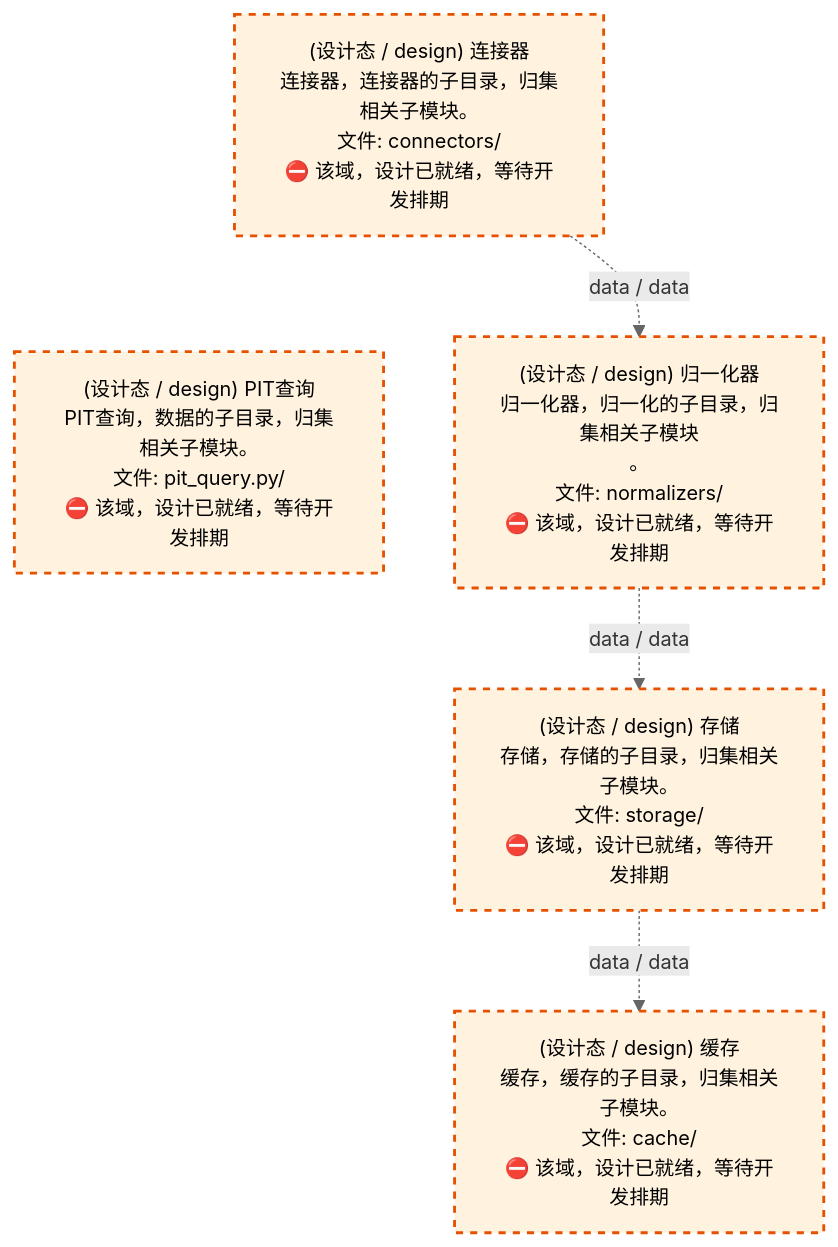
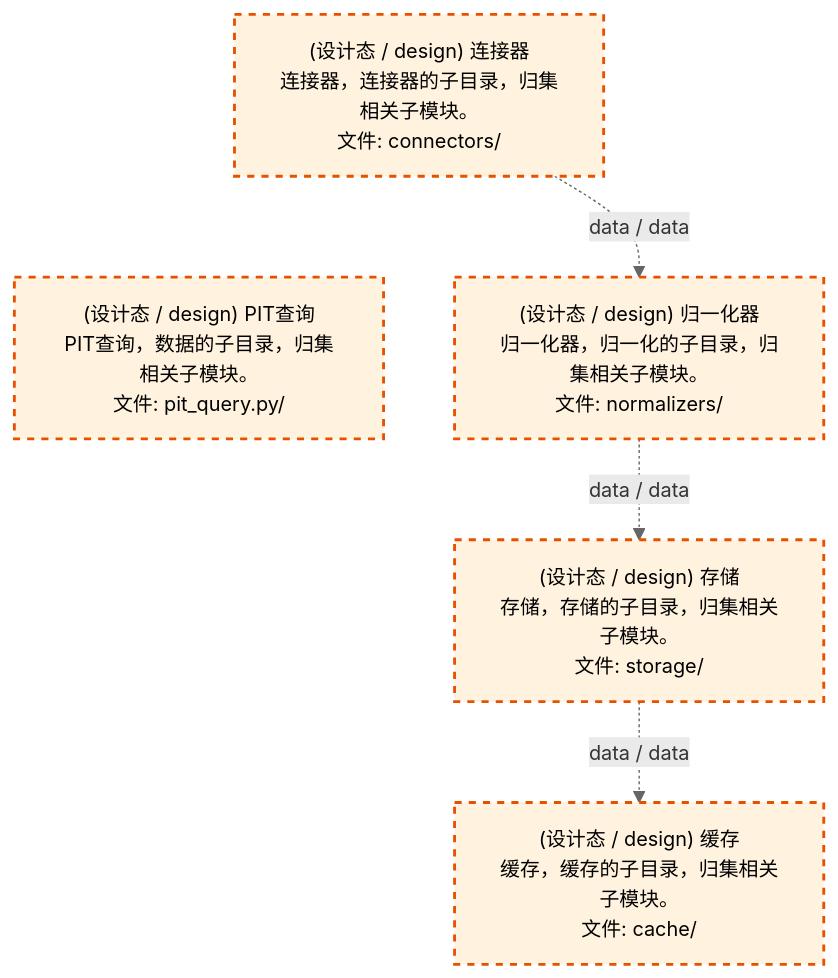
One commit to xuanFelixVan/ZephyrAlpha changed the third of 4 diagrams in docs/02_enterprise_architecture/02_domain_architecture_docs/11_d_data.md. Above: the diagram before and after it, drawn with Mermaid. The commit also changed other lines of this file and 71 other files, not shown here.

````diff
--- a/docs/02_enterprise_architecture/02_domain_architecture_docs/11_d_data.md
+++ b/docs/02_enterprise_architecture/02_domain_architecture_docs/11_d_data.md
@@ -1293,18 +1293,18 @@
 ```mermaid
 %%{init: {'theme': 'base', 'themeVariables': {'primaryColor': '#eaeaea', 'primaryTextColor': '#333333', 'primaryBorderColor': '#666666', 'lineColor': '#666666', 'secondaryColor': '#eaeaea', 'tertiaryColor': '#eaeaea', 'fontSize': '14px'}}}%%
 flowchart TD
-    src_zephyr_data_connectors["(设计态 / design) 连接器<br/>连接器，连接器的子目录，归集相关子模块。<br/>文件: connectors/<br/>⛔ 该域，设计已就绪，等待开发排期"]
-    src_zephyr_data_pit_query_py["(设计态 / design) PIT查询<br/>PIT查询，数据的子目录，归集相关子模块。<br/>文件: pit_query.py/<br/>⛔ 该域，设计已就绪，等待开发排期"]
+    src_zephyr_data_connectors["(设计态 / design) 连接器<br/>连接器，连接器的子目录，归集相关子模块。<br/>文件: connectors/"]
+    src_zephyr_data_pit_query_py["(设计态 / design) PIT查询<br/>PIT查询，数据的子目录，归集相关子模块。<br/>文件: pit_query.py/"]
     src_zephyr_data_connectors ~~~ src_zephyr_data_pit_query_py
-    src_zephyr_data_normalizers["(设计态 / design) 归一化器<br/>归一化器，归一化的子目录，归集相关子模块<br/>。<br/>文件: normalizers/<br/>⛔ 该域，设计已就绪，等待开发排期"]
-    src_zephyr_data_storage["(设计态 / design) 存储<br/>存储，存储的子目录，归集相关子模块。<br/>文件: storage/<br/>⛔ 该域，设计已就绪，等待开发排期"]
-    src_zephyr_data_cache["(设计态 / design) 缓存<br/>缓存，缓存的子目录，归集相关子模块。<br/>文件: cache/<br/>⛔ 该域，设计已就绪，等待开发排期"]
+    src_zephyr_data_normalizers["(设计态 / design) 归一化器<br/>归一化器，归一化的子目录，归集相关子模块。<br/>文件: normalizers/"]
+    src_zephyr_data_storage["(设计态 / design) 存储<br/>存储，存储的子目录，归集相关子模块。<br/>文件: storage/"]
+    src_zephyr_data_cache["(设计态 / design) 缓存<br/>缓存，缓存的子目录，归集相关子模块。<br/>文件: cache/"]
     src_zephyr_data_connectors -.->|data / data| src_zephyr_data_normalizers
     src_zephyr_data_normalizers -.->|data / data| src_zephyr_data_storage
     src_zephyr_data_storage -.->|data / data| src_zephyr_data_cache
     classDef production fill:#e1f5fe,stroke:#01579b,stroke-width:2px,color:#000
     classDef design fill:#fff3e0,stroke:#e65100,stroke-width:2px,color:#000,stroke-dasharray: 5 5
     classDef external_prod fill:#e8f4fd,stroke:#0277bd,stroke-width:1px,color:#000
     classDef external_design fill:#fff8e7,stroke:#ef6c00,stroke-width:1px,color:#000,stroke-dasharray: 5 5
     class src_zephyr_data_cache,src_zephyr_data_connectors,src_zephyr_data_normalizers,src_zephyr_data_pit_query_py,src_zephyr_data_storage design
 ```
````
